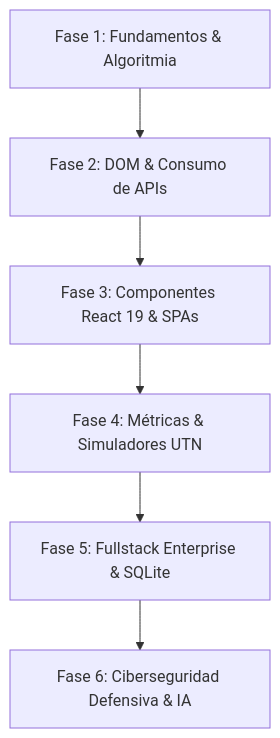
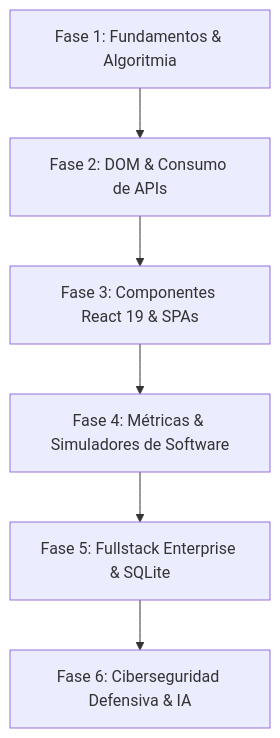
The diagram in README.md (Franc-Devel/landing-page-porfolio), drawn with Mermaid before and after one commit. The commit also changed other lines of this file and 11 other files, not shown here.

````diff
--- a/README.md
+++ b/README.md
@@ -26,8 +26,8 @@
 ```mermaid
 graph TD
     F1[Fase 1: Fundamentos & Algoritmia] --> F2[Fase 2: DOM & Consumo de APIs]
     F2 --> F3[Fase 3: Componentes React 19 & SPAs]
-    F3 --> F4[Fase 4: Métricas & Simuladores UTN]
+    F3 --> F4[Fase 4: Métricas & Simuladores de Software]
     F4 --> F5[Fase 5: Fullstack Enterprise & SQLite]
     F5 --> F6[Fase 6: Ciberseguridad Defensiva & IA]
 ```
````
